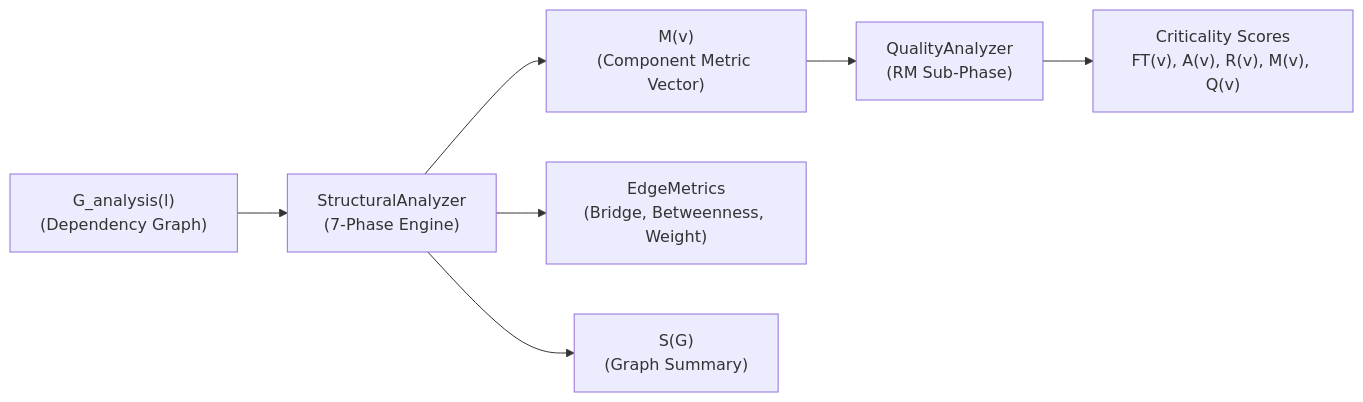
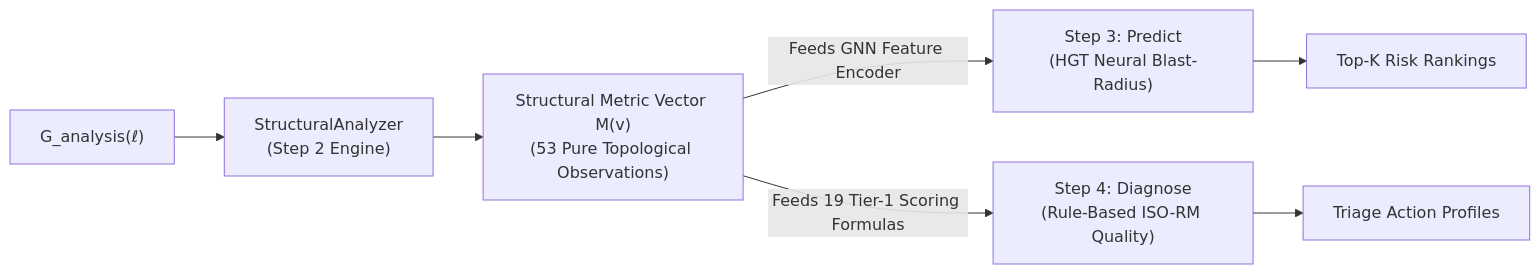
One commit to onuralpyigit/software-as-a-graph changed the second of 7 diagrams in docs/structural-analysis.md. Above: the diagram before and after it, drawn with Mermaid. The commit also changed other lines of this file and 16 other files, not shown here.

````diff
--- a/docs/structural-analysis.md
+++ b/docs/structural-analysis.md
@@ -56,9 +135,11 @@
 ```mermaid
 flowchart LR
-    G["G_analysis(l)<br>(Dependency Graph)"] --> SA["StructuralAnalyzer<br>(7-Phase Engine)"]
-    SA --> M["M(v)<br>(Component Metric Vector)"]
-    SA --> E["EdgeMetrics<br>(Bridge, Betweenness, Weight)"]
-    SA --> SG["S(G)<br>(Graph Summary)"]
-    M --> QA["QualityAnalyzer<br>(RM Sub-Phase)"]
-    QA --> Q["Criticality Scores<br>FT(v), A(v), R(v), M(v), Q(v)"]
+    G["G_analysis(ℓ)"] --> SA["StructuralAnalyzer<br/>(Step 2 Engine)"]
+    SA --> M["Structural Metric Vector M(v)<br/>(53 Pure Topological Observations)"]
+
+    M -->|"Feeds GNN Feature Encoder"| GNN["Step 3: Predict<br/>(HGT Neural Blast-Radius)"]
+    M -->|"Feeds 19 Tier-1 Scoring Formulas"| RM["Step 4: Diagnose<br/>(Rule-Based ISO-RM Quality)"]
+    
+    GNN --> Rank["Top-K Risk Rankings"]
+    RM --> Action["Triage Action Profiles"]
 ```
````
